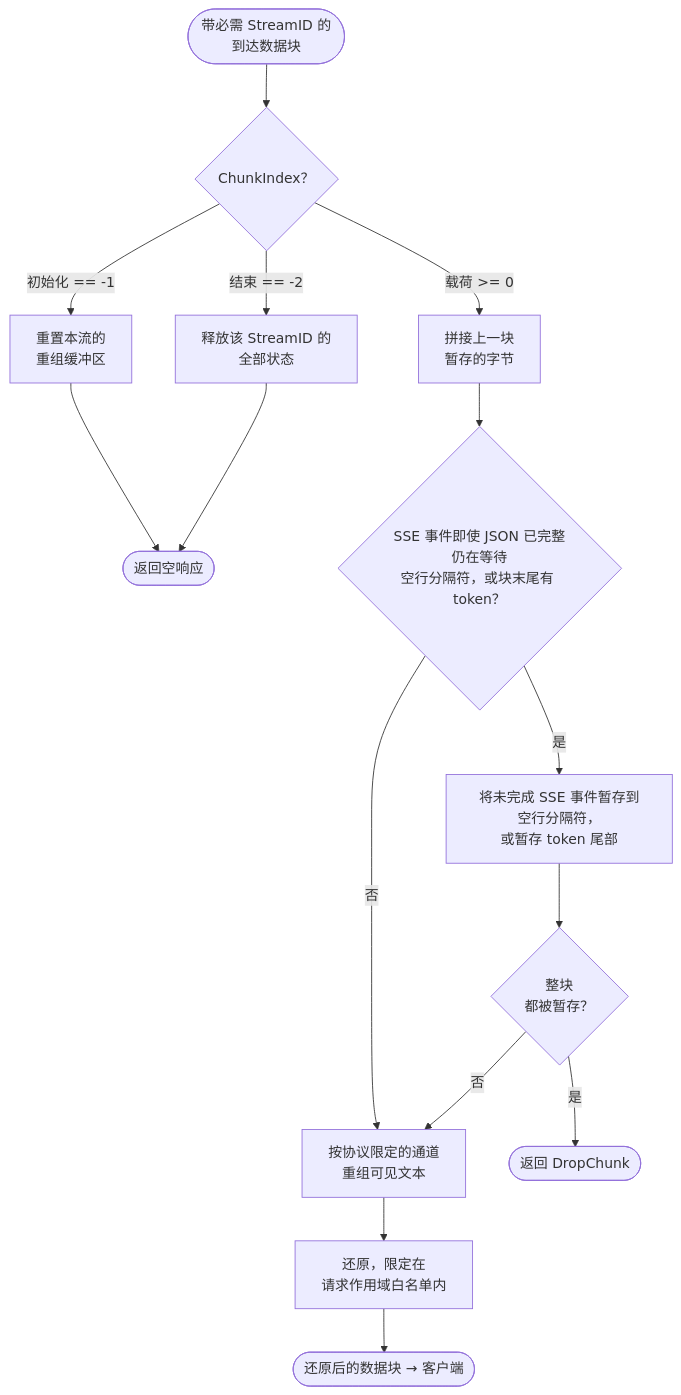
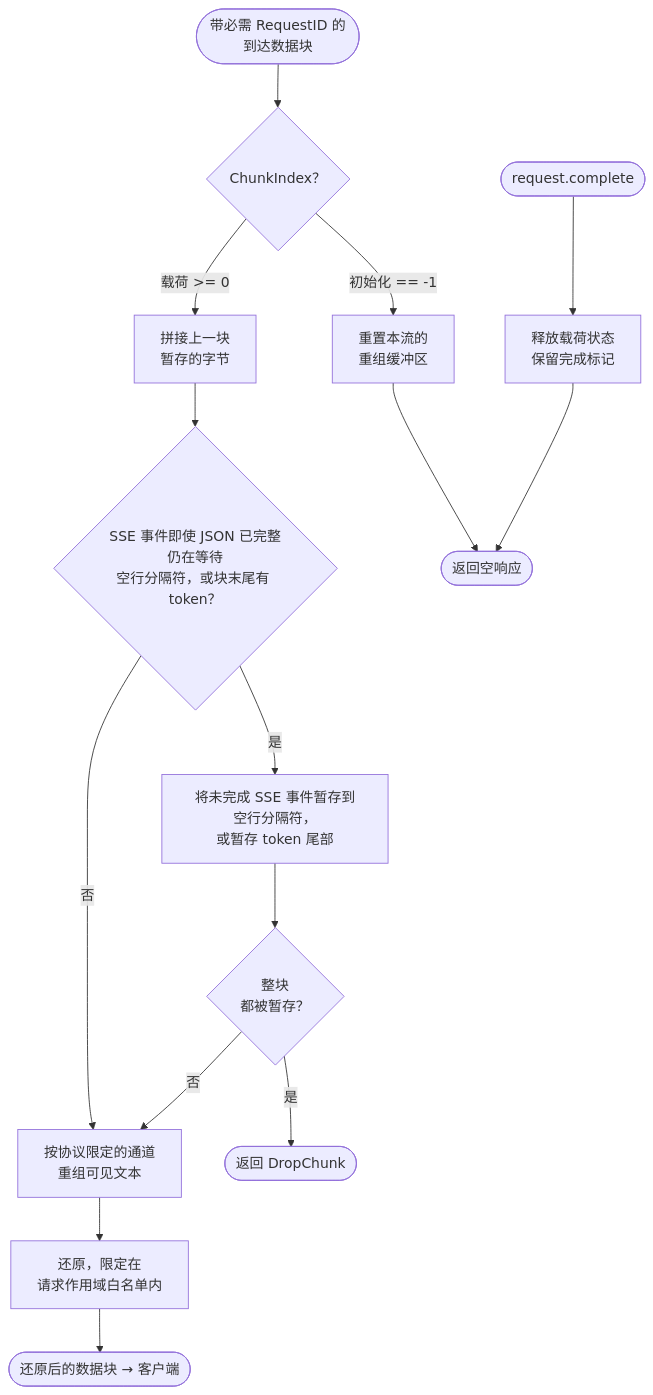
The fourth of 4 diagrams in README.zh-CN.md (jianhongyu136/plugin-privacy-filter), drawn with Mermaid before and after one commit. The commit also changed other lines of this file and 13 other files, not shown here.

Commit message:
feat: 迁移到主线 schema 5 生命周期

````diff
--- a/README.zh-CN.md
+++ b/README.zh-CN.md
@@ -130,17 +131,17 @@
 ```mermaid
 flowchart TB
-    chunk([带必需 StreamID 的<br/>到达数据块]) --> init{ChunkIndex？}
+    chunk([带必需 RequestID 的<br/>到达数据块]) --> init{ChunkIndex？}
     init -->|初始化 == -1| reset[重置本流的<br/>重组缓冲区]
     reset --> done([返回空响应])
     init -->|载荷 >= 0| prepend[拼接上一块<br/>暂存的字节]
-    init -->|结束 == -2| release[释放该 StreamID 的<br/>全部状态]
+    complete([request.complete]) --> release[释放载荷状态<br/>保留完成标记]
     release --> done
     prepend --> split{SSE 事件即使 JSON 已完整仍在等待<br/>空行分隔符，或块末尾有 token？}
     split -->|是| hold[将未完成 SSE 事件暂存到空行分隔符，<br/>或暂存 token 尾部]
     split -->|否| semantic[按协议限定的通道<br/>重组可见文本]
     hold --> whole{整块<br/>都被暂存？}
     whole -->|是| drop([返回 DropChunk])
     whole -->|否| semantic
     semantic --> detok[还原，限定在<br/>请求作用域白名单内]
     detok --> emit([还原后的数据块 → 客户端])
 ```
````
